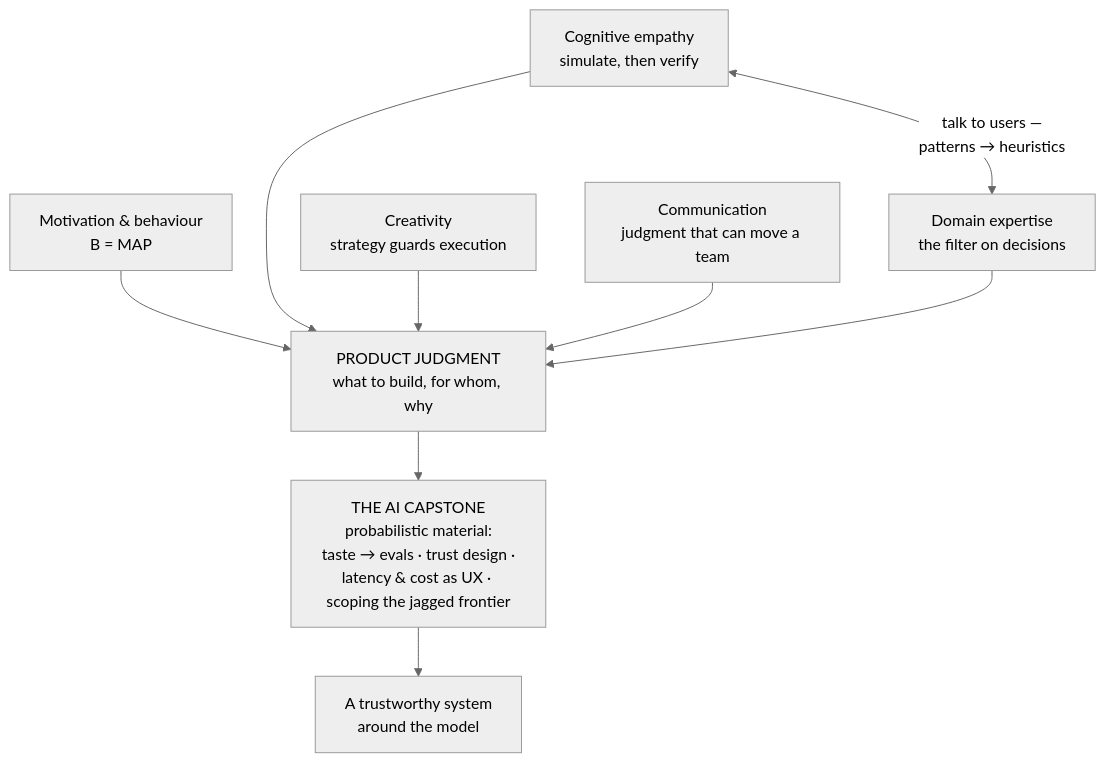
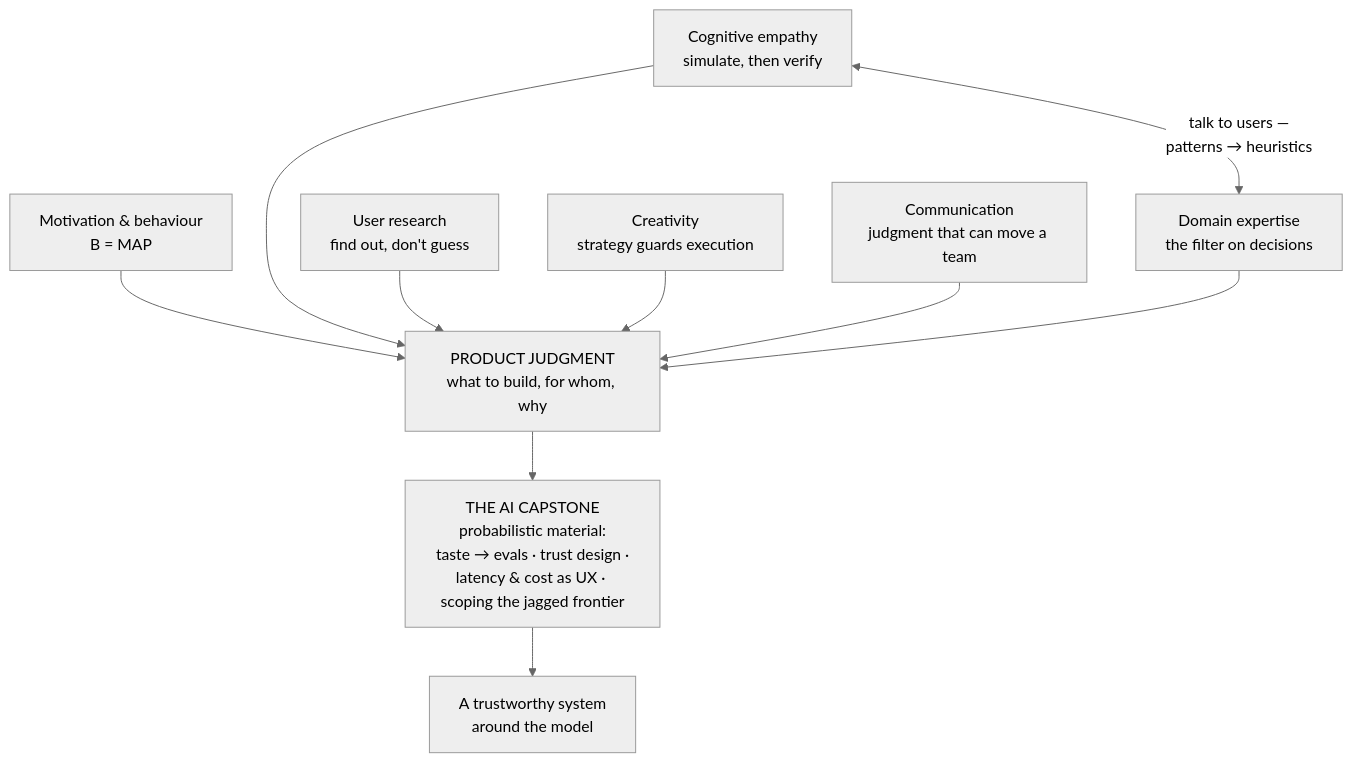
One commit to aakashagg123/gatsby changed the diagram in product-sense/README.md. Above: the diagram before and after it, drawn with Mermaid (neutral theme). The commit also changed other lines of this file and 22 other files, not shown here.

````diff
--- a/product-sense/README.md
+++ b/product-sense/README.md
@@ -19,11 +20,12 @@
 ```mermaid
 flowchart TB
   MOT["Motivation & behaviour<br/>B = MAP"] --> PJ["PRODUCT JUDGMENT<br/>what to build, for whom, why"]
   EMP["Cognitive empathy<br/>simulate, then verify"] --> PJ
+  RES["User research<br/>find out, don't guess"] --> PJ
   CRE["Creativity<br/>strategy guards execution"] --> PJ
   COM["Communication<br/>judgment that can move a team"] --> PJ
   DOM["Domain expertise<br/>the filter on decisions"] --> PJ
   EMP <-->|"talk to users —<br/>patterns → heuristics"| DOM
   PJ --> AI["THE AI CAPSTONE<br/>probabilistic material:<br/>taste → evals · trust design ·<br/>latency & cost as UX · scoping the jagged frontier"]
   AI --> OUT["A trustworthy system<br/>around the model"]
 ```
````
